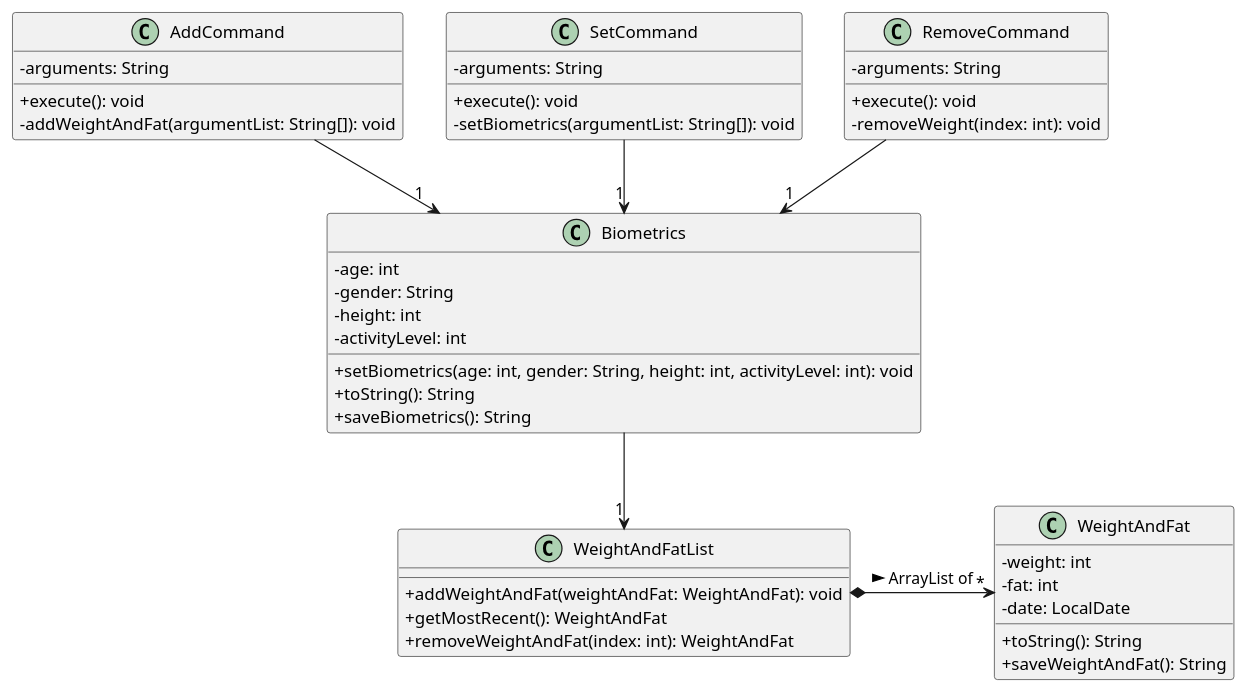
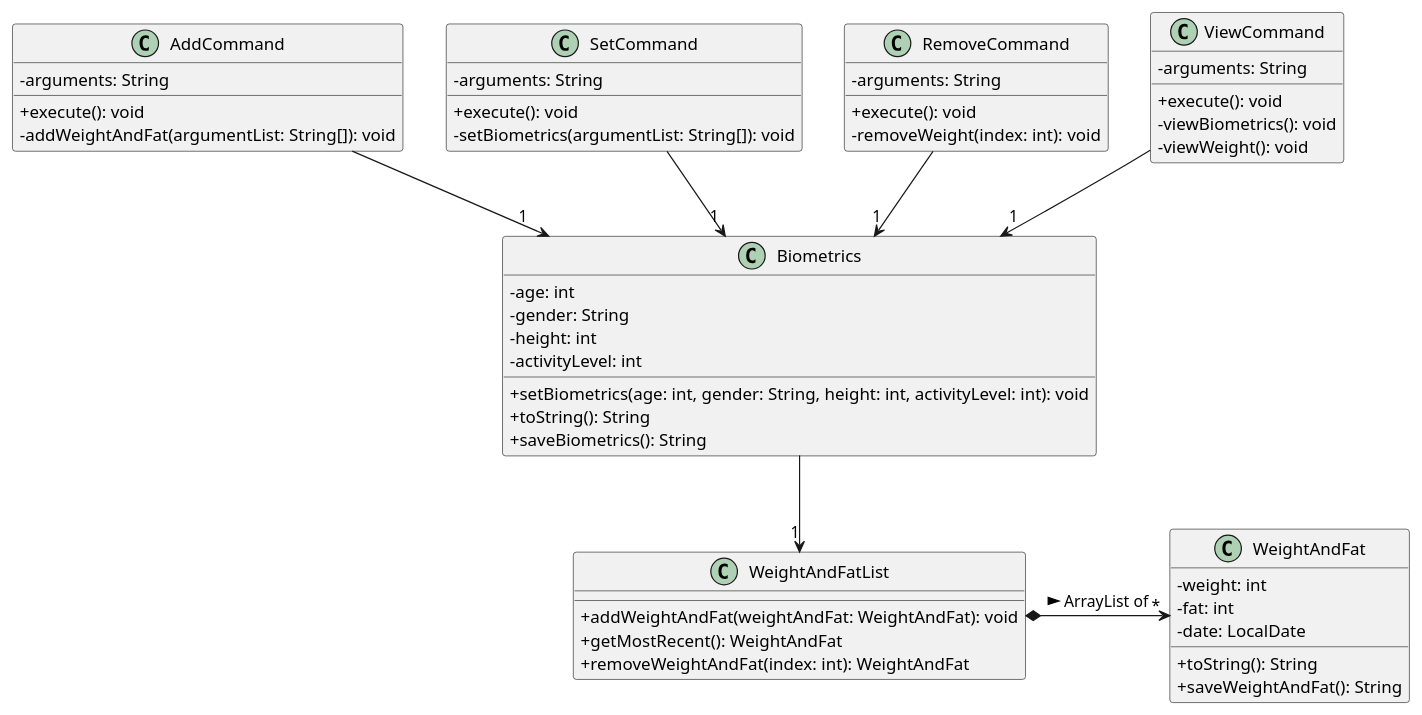
Before and after one commit to nus-cs2113-AY2223S1/tp: the diagram in docs/UmlDiagrams/Biometrics.puml, drawn with PlantUML. The commit also changed 15 other files, not shown here.

```diff
--- a/docs/UmlDiagrams/Biometrics.puml
+++ b/docs/UmlDiagrams/Biometrics.puml
@@ -1,50 +1,57 @@
 @startuml
 'https://plantuml.com/class-diagram
 skinparam classAttributeIconSize 0
 
 
 class AddCommand {
 -arguments: String
 +execute(): void
 -addWeightAndFat(argumentList: String[]): void
 }
 class SetCommand {
 -arguments: String
 +execute(): void
 -setBiometrics(argumentList: String[]): void
 }
 class RemoveCommand {
 -arguments: String
 +execute(): void
 -removeWeight(index: int): void
+}
+class ViewCommand {
+-arguments: String
++execute(): void
+-viewBiometrics(): void
+-viewWeight(): void
 }
 class Biometrics {
 -age: int
 -gender: String
 -height: int
 -activityLevel: int
 +setBiometrics(age: int, gender: String, height: int, activityLevel: int): void
 +toString(): String
 +saveBiometrics(): String
 }
 class WeightAndFat {
 -weight: int
 -fat: int
 -date: LocalDate
 +toString(): String
 +saveWeightAndFat(): String
 }
 class WeightAndFatList {
 +addWeightAndFat(weightAndFat: WeightAndFat): void
 +getMostRecent(): WeightAndFat
 +removeWeightAndFat(index: int): WeightAndFat
 }
 
 
 AddCommand --> "1"Biometrics
 SetCommand --> "1"Biometrics
 RemoveCommand --> "1"Biometrics
+ViewCommand --> "1"Biometrics
 Biometrics --> "1"WeightAndFatList
 WeightAndFatList *-> "*"WeightAndFat : ArrayList of >
 
 @enduml
```
